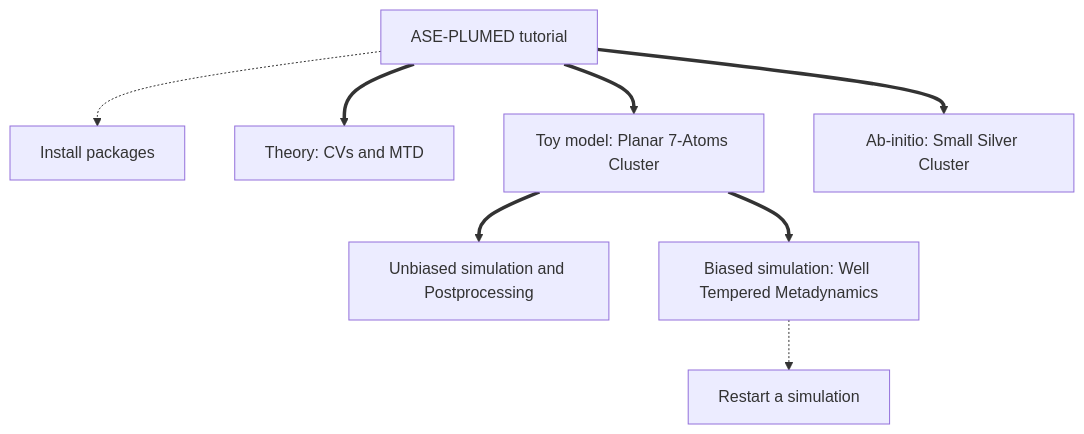
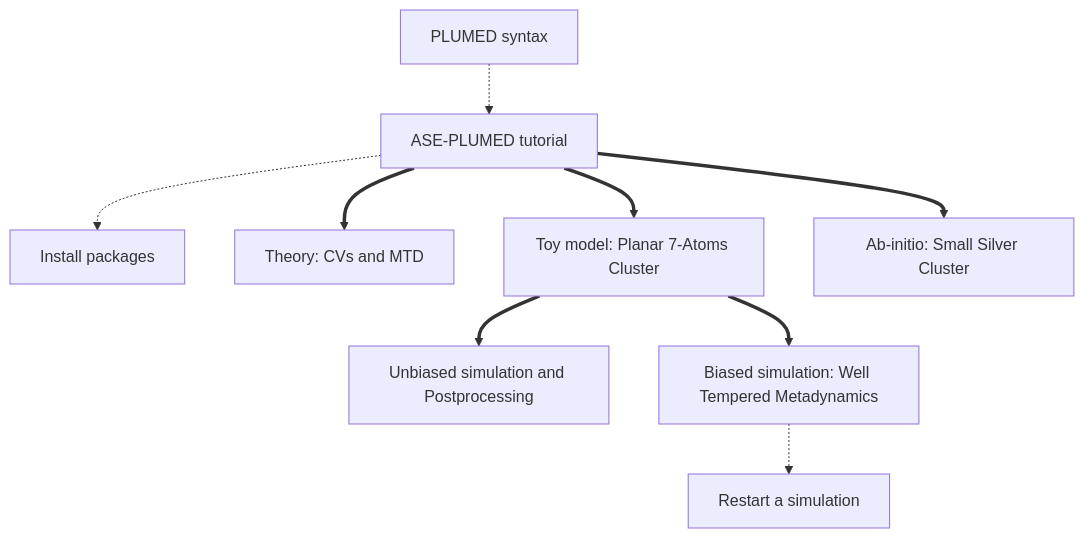
The diagram in NAVIGATION.md (Sucerquia/ASE-PLUMED_tutorial), drawn with Mermaid before and after one commit. The commit also changed 1 other file, not shown here.

Commit message:
ADD: this tut as subsequent of plumed syntax

````diff
--- a/NAVIGATION.md
+++ b/NAVIGATION.md
@@ -20,18 +20,20 @@
 ```mermaid
 flowchart TB;
-  A[ASE-PLUMED tutorial] -.-> B[Install packages]
+  Z[PLUMED syntax] -.-> A[ASE-PLUMED tutorial]
+  A -.-> B[Install packages]
   A ==> C[Theory: CVs and MTD]
   A ==> D[Toy model: Planar 7-Atoms Cluster]
   D ==> E[Unbiased simulation and Postprocessing]
   D ==> F[Biased simulation: Well Tempered Metadynamics]
   F -.-> G[Restart a simulation]
   A ==> H[Ab-initio: Small Silver Cluster]
 
+  click Z "ref1" "A previous tutorial that introduces the basics of PLUMED syntax"
   click B "install.md" "Install py-plumed and ASE"
   click C "theory.md" "Theory necessary to follow completely this tutorial"
   click D "defsystem.md" "Toy model showing the usage of PLUMED in ASE"
   click E "MD.md" "Unbiased simulation computing CVs on the fly and by postprocessing"
   click F "MTD.md" "Addition of the bias using metadynamics"
   click G "restart.md" "How to restart a simulation in ASE"
   click H "SC.md" "Ab-initio example"
 ```
````
